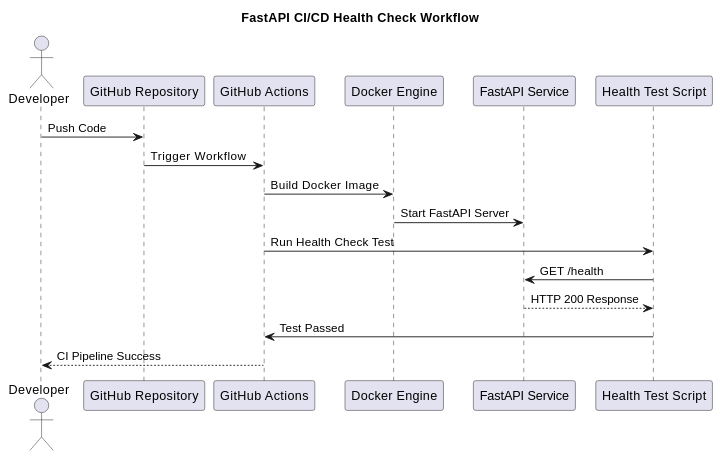
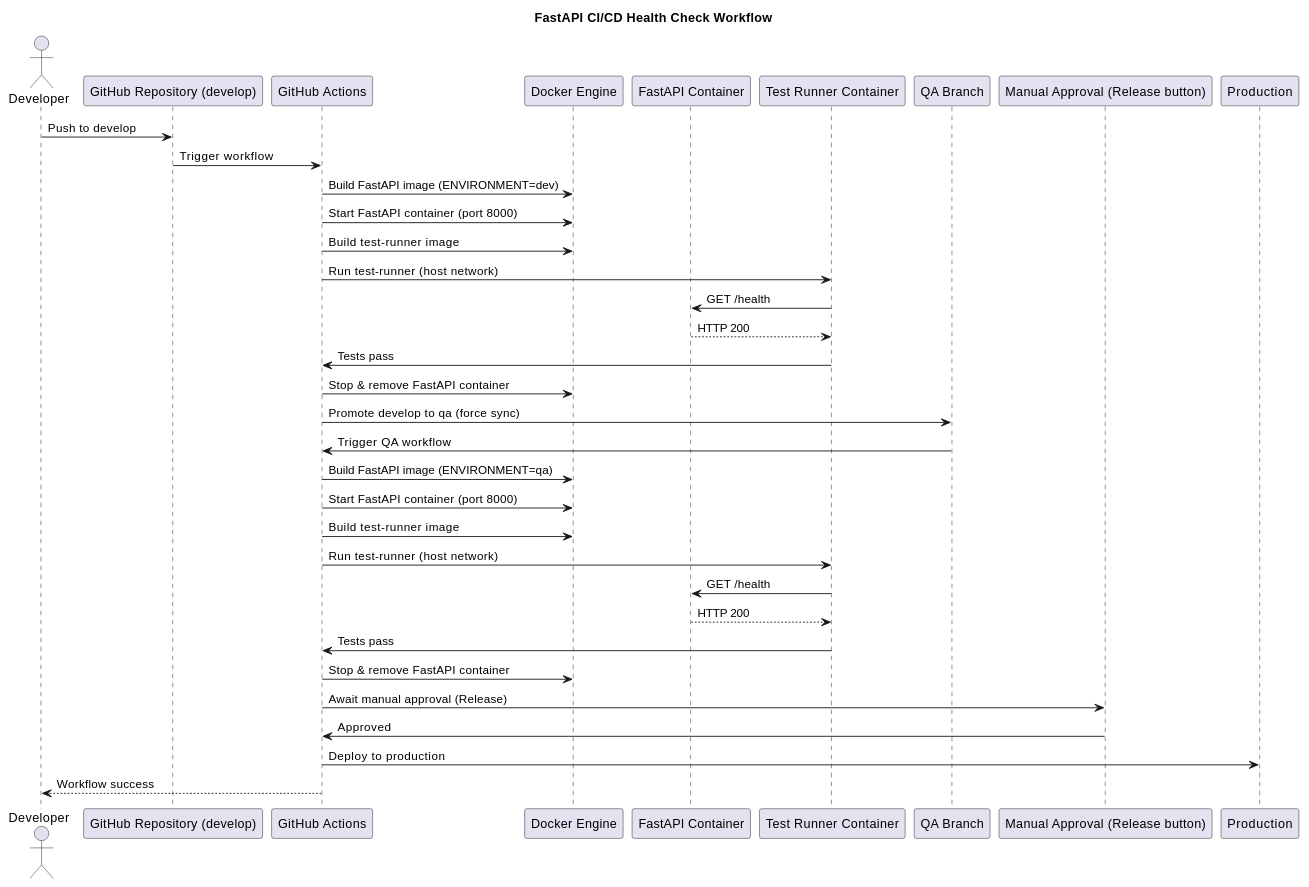
Before and after one commit to arushi688/fastapi-health-check: the diagram in health_check/readme.md, drawn with PlantUML. The commit also changed 3 other files, not shown here.

````diff
--- a/health_check/readme.md
+++ b/health_check/readme.md
@@ -12,23 +12,45 @@
 ```plantuml
 @startuml
 title FastAPI CI/CD Health Check Workflow
 
 actor Developer
-participant "GitHub Repository" as Repo
+participant "GitHub Repository (develop)" as Repo
 participant "GitHub Actions" as CI
 participant "Docker Engine" as Docker
-participant "FastAPI Service" as API
-participant "Health Test Script" as Test
+participant "FastAPI Container" as API
+participant "Test Runner Container" as Test
+participant "QA Branch" as QA
+participant "Manual Approval (Release button)" as Approval
+participant "Production" as Prod
 
-Developer -> Repo : Push Code
-Repo -> CI : Trigger Workflow
-CI -> Docker : Build Docker Image
-Docker -> API : Start FastAPI Server
-CI -> Test : Run Health Check Test
+Developer -> Repo : Push to develop
+Repo -> CI : Trigger workflow
+
+CI -> Docker : Build FastAPI image (ENVIRONMENT=dev)
+CI -> Docker : Start FastAPI container (port 8000)
+CI -> Docker : Build test-runner image
+CI -> Test : Run test-runner (host network)
 Test -> API : GET /health
-API --> Test : HTTP 200 Response
-Test -> CI : Test Passed
-CI --> Developer : CI Pipeline Success
+API --> Test : HTTP 200
+Test -> CI : Tests pass
+CI -> Docker : Stop & remove FastAPI container
+
+CI -> QA : Promote develop to qa (force sync)
+QA -> CI : Trigger QA workflow
+
+CI -> Docker : Build FastAPI image (ENVIRONMENT=qa)
+CI -> Docker : Start FastAPI container (port 8000)
+CI -> Docker : Build test-runner image
+CI -> Test : Run test-runner (host network)
+Test -> API : GET /health
+API --> Test : HTTP 200
+Test -> CI : Tests pass
+CI -> Docker : Stop & remove FastAPI container
+
+CI -> Approval : Await manual approval (Release)
+Approval -> CI : Approved
+CI -> Prod : Deploy to production
+CI --> Developer : Workflow success
 
 @enduml
 ```
````
